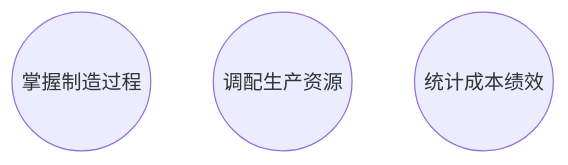
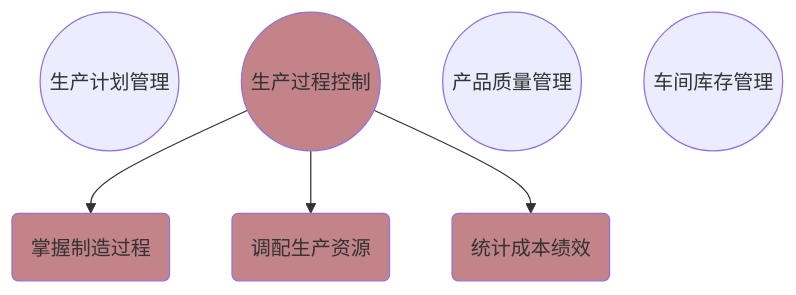
One commit to i-MES/iMES-doc changed the first of 2 diagrams in docs/user-guide/intro.md. Above: the diagram before and after it, drawn with Mermaid. The commit also changed other lines of this file and 8 other files, not shown here.

````diff
--- a/docs/user-guide/intro.md
+++ b/docs/user-guide/intro.md
@@ -20,6 +21,23 @@
 ```mermaid
 flowchart TB
-  title1((掌握制造过程))
-  title2((调配生产资源))
-  title3((统计成本绩效))
+
+  t1((生产计划管理))
+
+  t2((生产过程控制))
+  t21(掌握制造过程)
+  t22(调配生产资源)
+  t23(统计成本绩效)
+
+  t3((产品质量管理))
+  
+  t4((车间库存管理))
+
+  style t2 fill:#c28389
+  style t21 fill:#c28389
+  style t22 fill:#c28389
+  style t23 fill:#c28389
+
+  t2 --> t21
+  t2 --> t22
+  t2 --> t23
 ```
````
